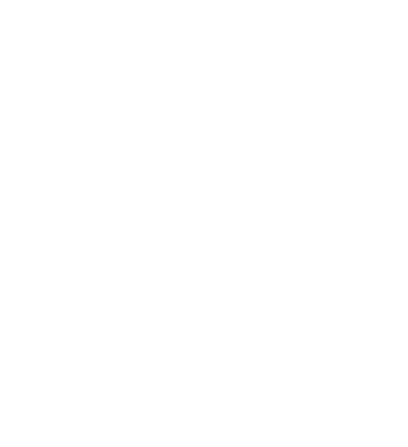
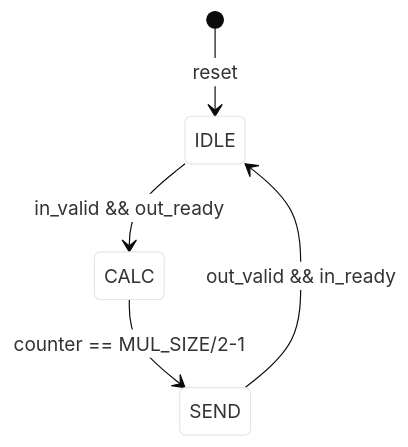
The diagram in Lab_3/Booth4_multiplier/README.md (EsaLongs/EESM6000C_CL), drawn with Mermaid before and after one commit.

````diff
--- a/Lab_3/Booth4_multiplier/README.md
+++ b/Lab_3/Booth4_multiplier/README.md
@@ -10,23 +10,19 @@
 ```mermaid
 
 %%{
   init: {
     'theme': 'base',
     'themeVariables': {
       'primaryColor': '#ffffff',
       'mermaid-container': "#ffffff",
-      'primaryTextColor': '#ffffff',
-      'primaryBorderColor': '#ffffff',
-      'lineColor': '#ffffff',
-      'secondaryColor': '#ffffff',
       'tertiaryColor': '#ffffff'
     }
   }
 }%%
 
 stateDiagram-v2
     [*] --> IDLE : reset
     IDLE --> CALC : in_valid && out_ready
     CALC --> SEND : counter == MUL_SIZE/2-1
     SEND --> IDLE : out_valid && in_ready
 ```
````
